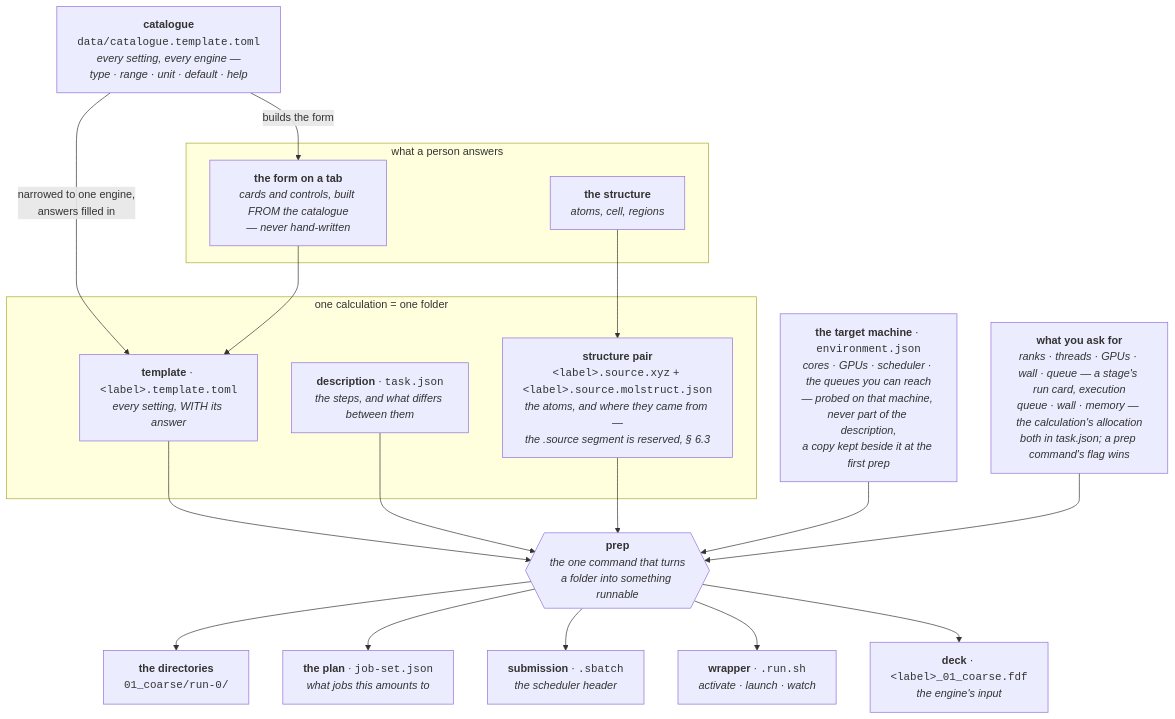
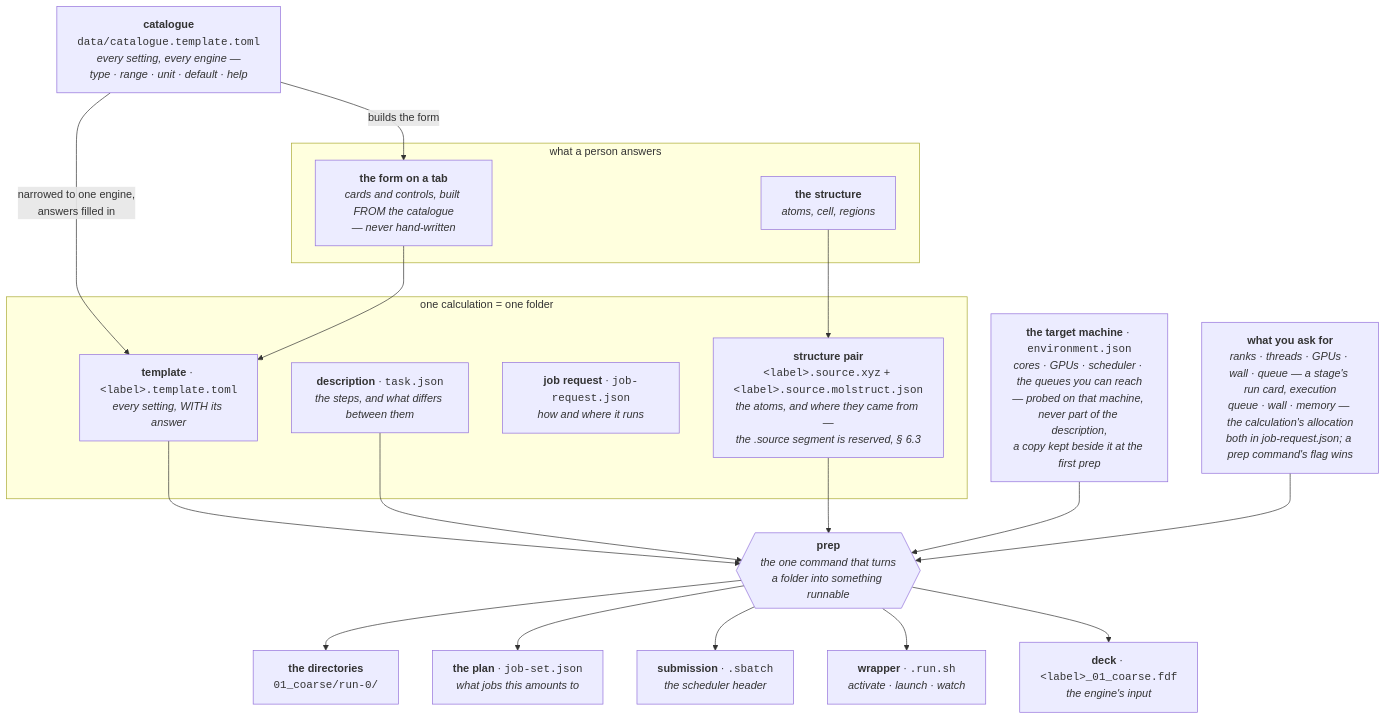
The first of 4 diagrams in docs/workflow.md (Qing-LAB/molbuilder), drawn with Mermaid before and after one commit. The commit also changed other lines of this file and 196 other files, not shown here.

````diff
--- a/docs/workflow.md
+++ b/docs/workflow.md
@@ -109,38 +110,39 @@
 ```mermaid
 flowchart TB
     CAT["<b>catalogue</b><br/><code>data/catalogue.template.toml</code><br/><i>every setting, every engine —<br/>type · range · unit · default · help</i>"]
 
     subgraph P["what a person answers"]
       FORM["<b>the form on a tab</b><br/><i>cards and controls, built FROM the catalogue<br/>— never hand-written</i>"]
       STRUCT["<b>the structure</b><br/><i>atoms, cell, regions</i>"]
     end
 
     CAT -->|"builds the form"| FORM
     FORM --> TMPL
     CAT -->|"narrowed to one engine,<br/>answers filled in"| TMPL
 
     subgraph FOLDER["one calculation = one folder"]
       TMPL["<b>template</b> · <code>&lt;label&gt;.template.toml</code><br/><i>every setting, WITH its answer</i>"]
       TASK["<b>description</b> · <code>task.json</code><br/><i>the steps, and what differs between them</i>"]
+      REQ["<b>job request</b> · <code>job-request.json</code><br/><i>how and where it runs</i>"]
       XYZ["<b>structure pair</b><br/><code>&lt;label&gt;.source.xyz</code> + <code>&lt;label&gt;.source.molstruct.json</code><br/><i>the atoms, and where they came from —<br/>the .source segment is reserved, § 6.3</i>"]
     end
 
     STRUCT --> XYZ
     TMPL --> PREP
     TASK --> PREP
     XYZ --> PREP
 
     ENV["<b>the target machine</b> · <code>environment.json</code><br/><i>cores · GPUs · scheduler · the queues you can reach<br/>— probed on that machine, never part of the description,<br/>a copy kept beside it at the first prep</i>"]
-    ASK["<b>what you ask for</b><br/><i>ranks · threads · GPUs · wall · queue — a stage's run card, execution</i><br/><i>queue · wall · memory — the calculation's allocation</i><br/><i>both in task.json; a prep command's flag wins</i>"]
+    ASK["<b>what you ask for</b><br/><i>ranks · threads · GPUs · wall · queue — a stage's run card, execution</i><br/><i>queue · wall · memory — the calculation's allocation</i><br/><i>both in job-request.json; a prep command's flag wins</i>"]
 
     ENV --> PREP
     ASK --> PREP
 
     PREP{{"<b>prep</b><br/><i>the one command that turns<br/>a folder into something runnable</i>"}}
 
     PREP --> DECK["<b>deck</b> · <code>&lt;label&gt;_01_coarse.fdf</code><br/><i>the engine's input</i>"]
     PREP --> WRAP["<b>wrapper</b> · <code>.run.sh</code><br/><i>activate · launch · watch</i>"]
     PREP --> SB["<b>submission</b> · <code>.sbatch</code><br/><i>the scheduler header</i>"]
     PREP --> JS["<b>the plan</b> · <code>job-set.json</code><br/><i>what jobs this amounts to</i>"]
     PREP --> DIRS["<b>the directories</b><br/><code>01_coarse/run-0/</code>"]
 ```
````
